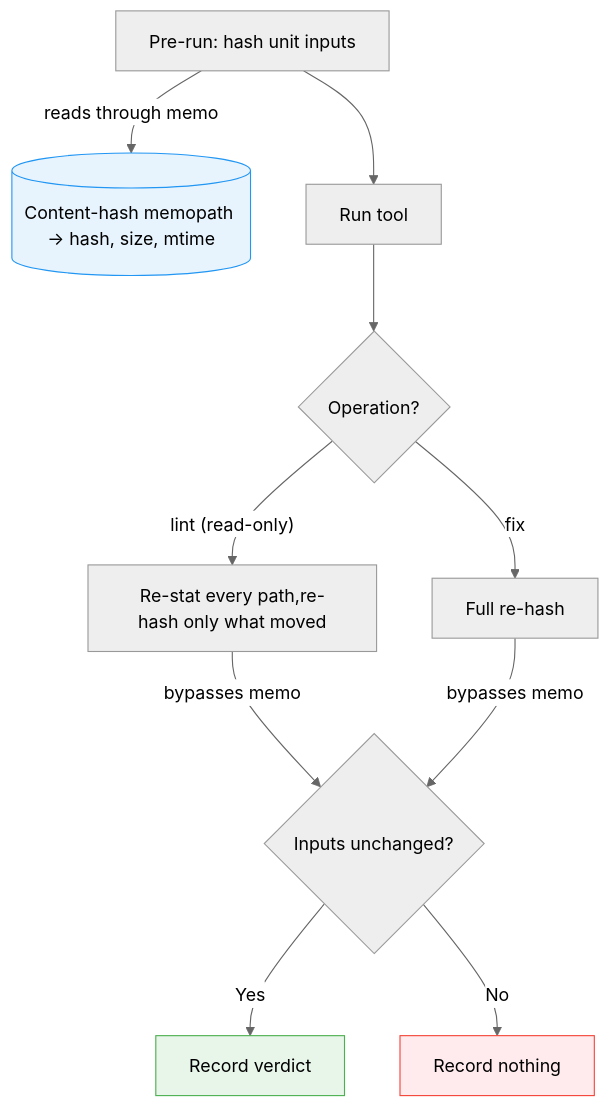
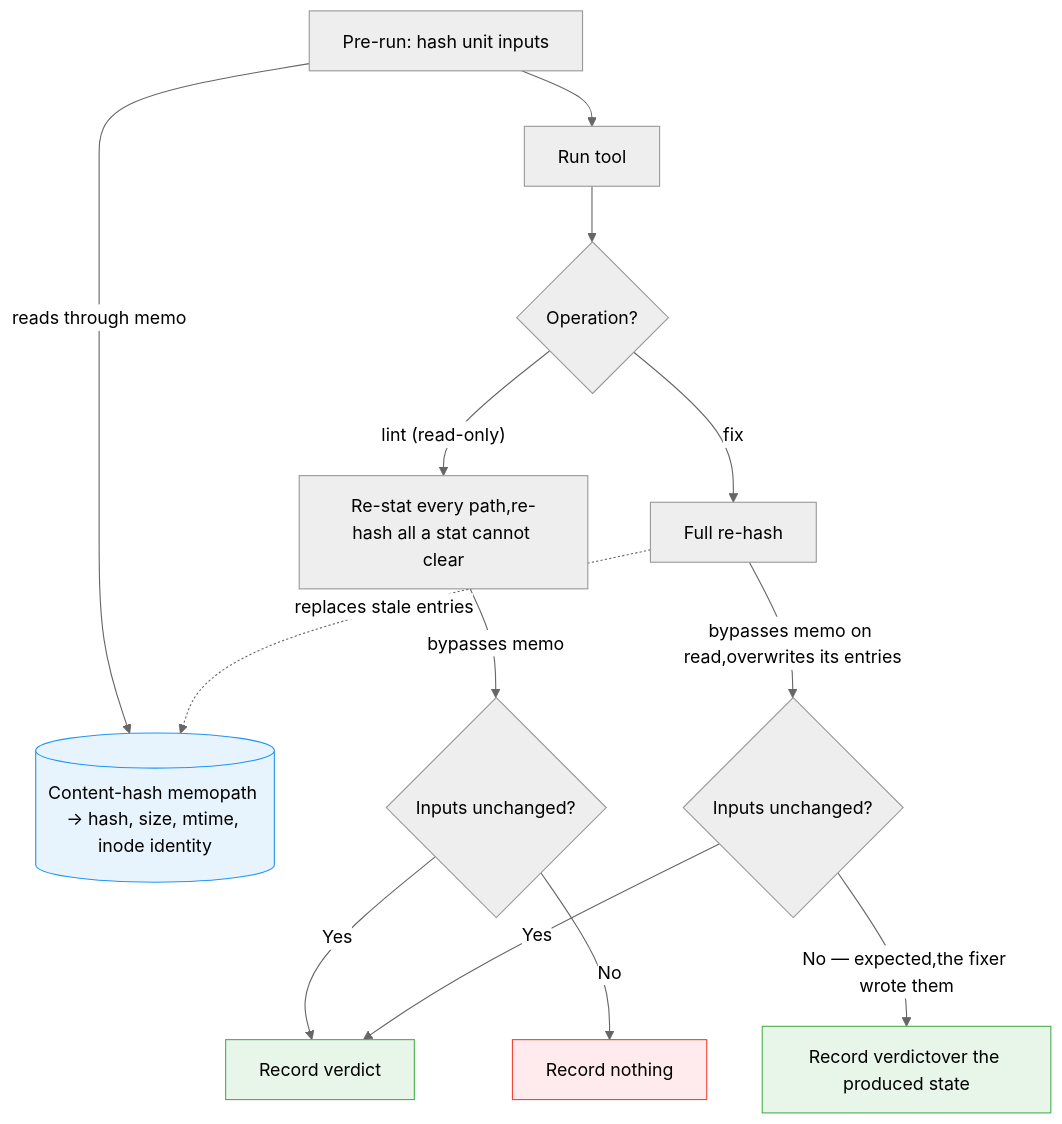
One commit to datamitsu/datamitsu changed the second of 2 diagrams in internal/llmsdocs/embed/pages/guides/architecture/caching.md. Above: the diagram before and after it, drawn with Mermaid (neutral theme). The commit also changed other lines of this file and 30 other files, not shown here.

````diff
--- a/internal/llmsdocs/embed/pages/guides/architecture/caching.md
+++ b/internal/llmsdocs/embed/pages/guides/architecture/caching.md
@@ -169,16 +198,20 @@
 ```mermaid
 graph TD
-    P["Pre-run: hash unit inputs"] -->|"reads through memo"| M[("Content-hash memopath → hash, size, mtime")]
+    P["Pre-run: hash unit inputs"] -->|"reads through memo"| M[("Content-hash memopath → hash, size, mtime, inode identity")]
     P --> R["Run tool"]
     R --> Q{"Operation?"}
-    Q -->|"lint (read-only)"| S["Re-stat every path,re-hash only what moved"]
+    Q -->|"lint (read-only)"| S["Re-stat every path,re-hash all a stat cannot clear"]
     Q -->|"fix"| F["Full re-hash"]
     S -->|"bypasses memo"| D{"Inputs unchanged?"}
-    F -->|"bypasses memo"| D
+    F -->|"bypasses memo on read,overwrites its entries"| G{"Inputs unchanged?"}
+    F -.->|"replaces stale entries"| M
     D -->|"Yes"| W["Record verdict"]
     D -->|"No"| N["Record nothing"]
+    G -->|"Yes"| W
+    G -->|"No — expected,the fixer wrote them"| V["Record verdictover the produced state"]
 
     style M fill:#e8f4fd,stroke:#2196f3
     style W fill:#e8f5e9,stroke:#4caf50
+    style V fill:#e8f5e9,stroke:#4caf50
     style N fill:#ffebee,stroke:#f44336
 ```
````
